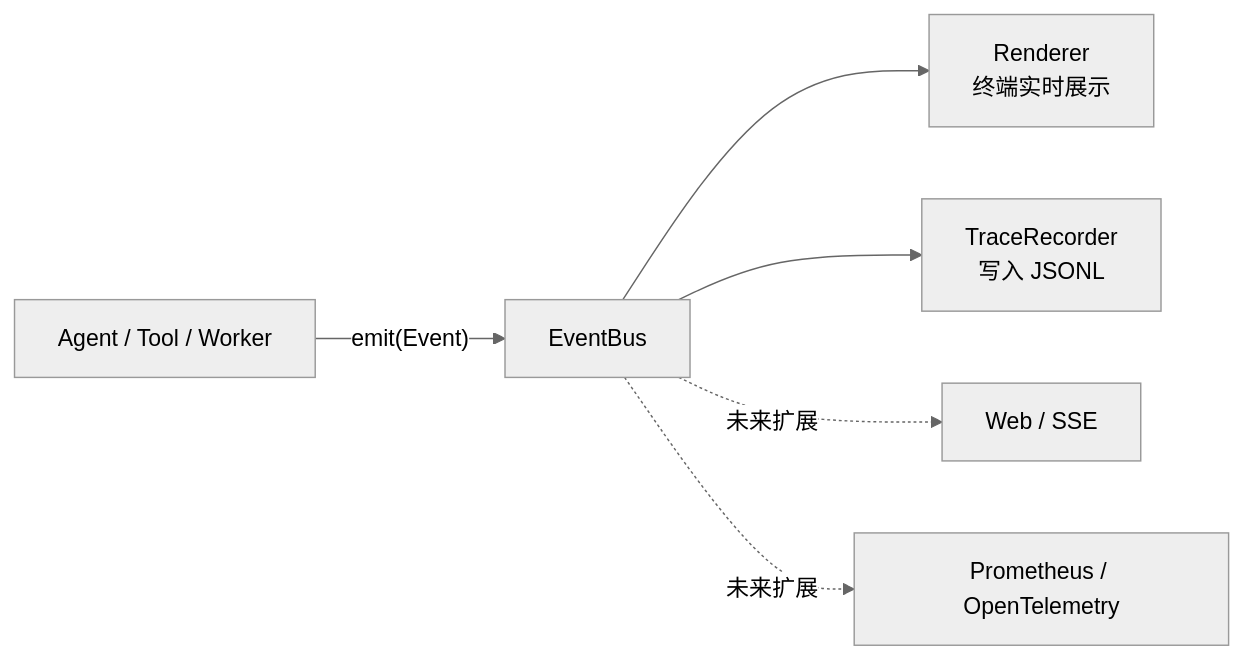
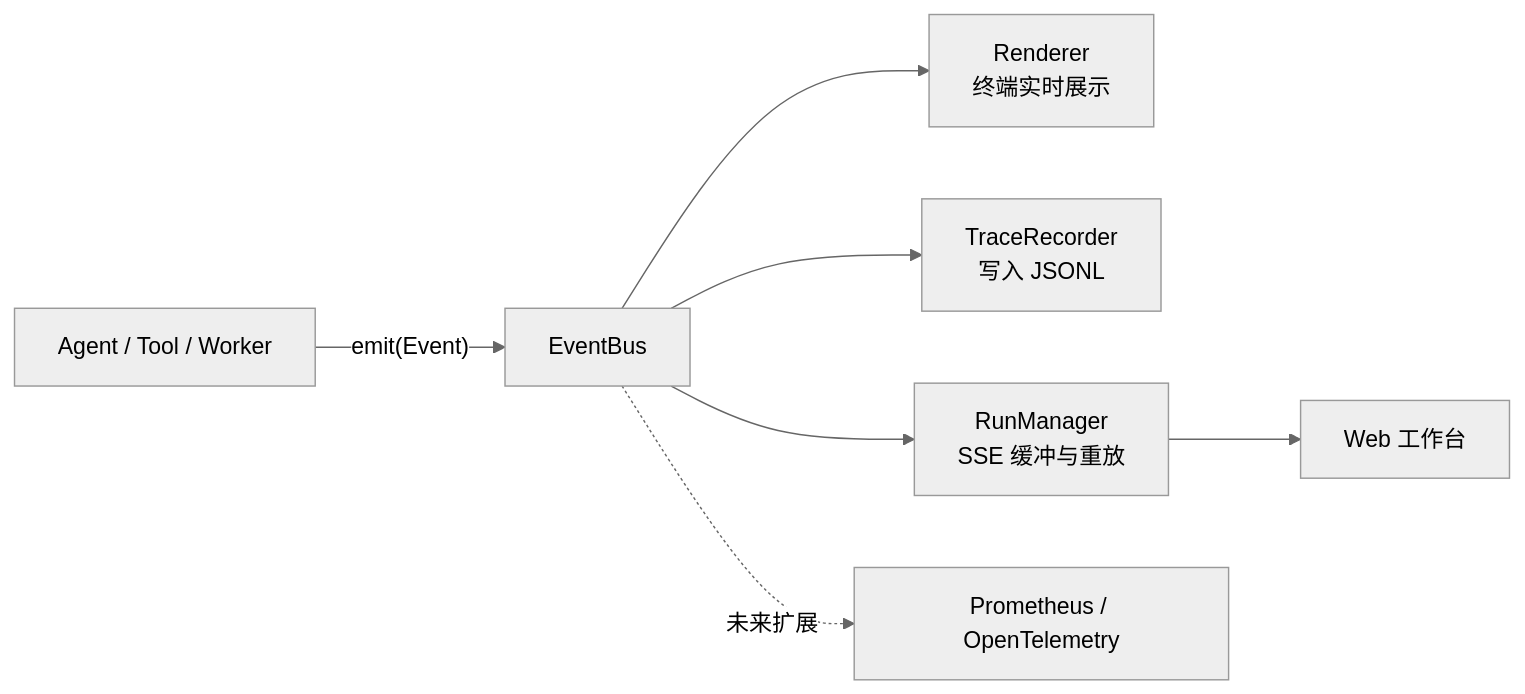
The eighth of 9 diagrams in docs/design.md (lightnine/scout-agent), drawn with Mermaid (neutral theme) before and after one commit. The commit also changed other lines of this file and 18 other files, not shown here.

````diff
--- a/docs/design.md
+++ b/docs/design.md
@@ -543,8 +543,9 @@
 ```mermaid
 flowchart LR
     A["Agent / Tool / Worker"] -->|"emit(Event)"| B["EventBus"]
     B --> C["Renderer<br/>终端实时展示"]
     B --> D["TraceRecorder<br/>写入 JSONL"]
-    B -.未来扩展.-> E["Web / SSE"]
-    B -.未来扩展.-> F["Prometheus / OpenTelemetry"]
+    B --> E["RunManager<br/>SSE 缓冲与重放"]
+    E --> F["Web 工作台"]
+    B -.未来扩展.-> G["Prometheus / OpenTelemetry"]
 ```
````
